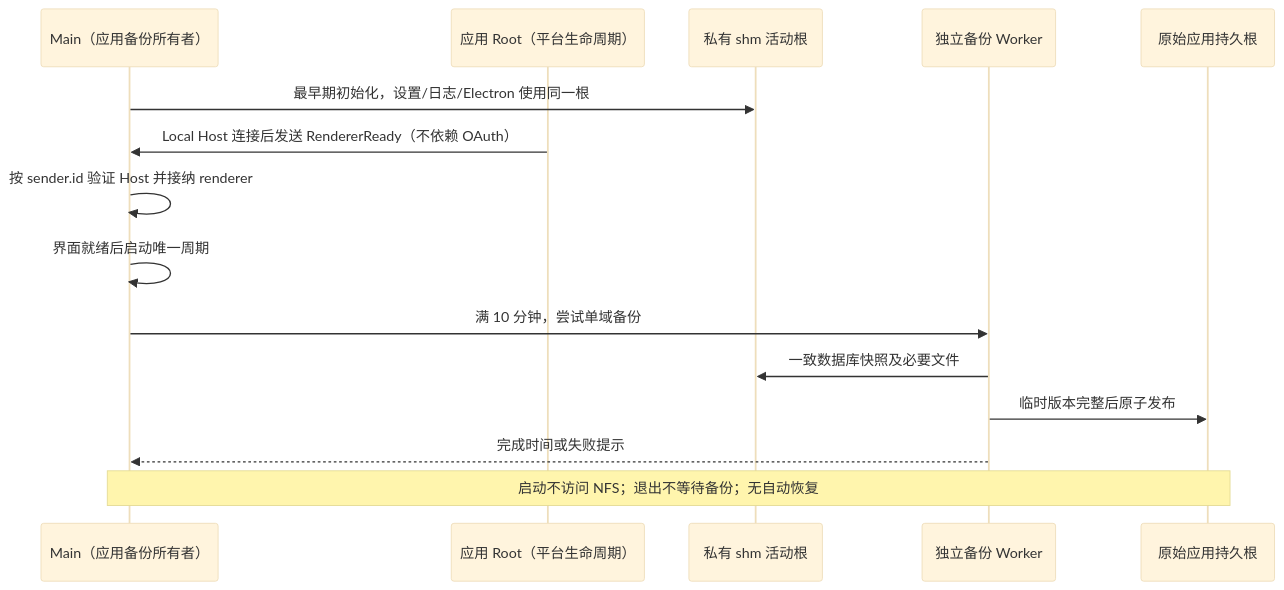
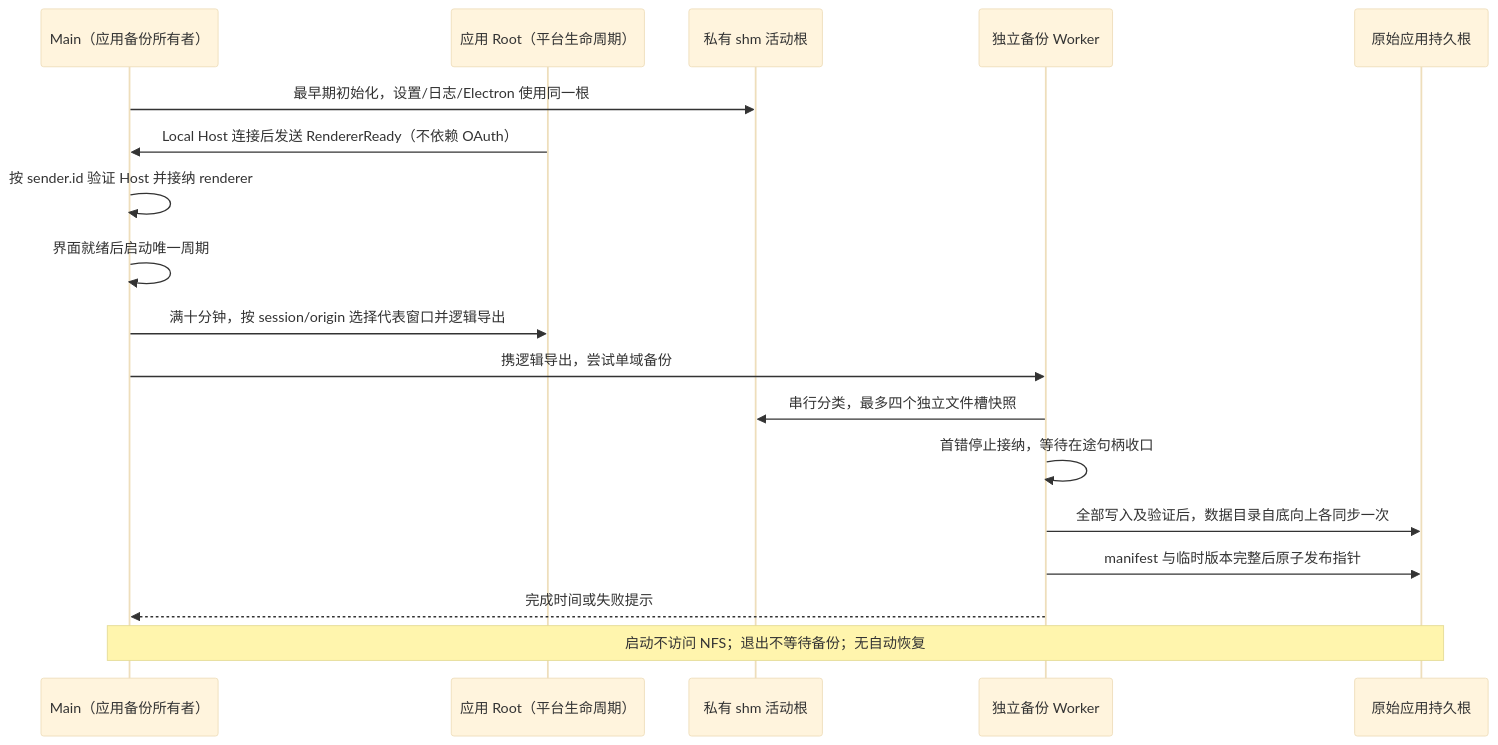
The first of 3 diagrams in docs/requirements/models-and-commands.md (jchanghong023/OmpCode), drawn with Mermaid (base theme) before and after one commit. The commit also changed other lines of this file and 7 other files, not shown here.

````diff
--- a/docs/requirements/models-and-commands.md
+++ b/docs/requirements/models-and-commands.md
@@ -40,17 +43,20 @@
 ```mermaid
 sequenceDiagram
   participant Main as Main（应用备份所有者）
   participant Renderer as 应用 Root（平台生命周期）
   participant Local as 私有 shm 活动根
   participant Worker as 独立备份 Worker
   participant NFS as 原始应用持久根
   Main->>Local: 最早期初始化，设置/日志/Electron 使用同一根
   Renderer->>Main: Local Host 连接后发送 RendererReady（不依赖 OAuth）
   Main->>Main: 按 sender.id 验证 Host 并接纳 renderer
   Main->>Main: 界面就绪后启动唯一周期
-  Main->>Worker: 满 10 分钟，尝试单域备份
-  Worker->>Local: 一致数据库快照及必要文件
-  Worker->>NFS: 临时版本完整后原子发布
+  Main->>Renderer: 满十分钟，按 session/origin 选择代表窗口并逻辑导出
+  Main->>Worker: 携逻辑导出，尝试单域备份
+  Worker->>Local: 串行分类，最多四个独立文件槽快照
+  Worker->>Worker: 首错停止接纳，等待在途句柄收口
+  Worker->>NFS: 全部写入及验证后，数据目录自底向上各同步一次
+  Worker->>NFS: manifest 与临时版本完整后原子发布指针
   Worker-->>Main: 完成时间或失败提示
   Note over Main,NFS: 启动不访问 NFS；退出不等待备份；无自动恢复
 ```
````
